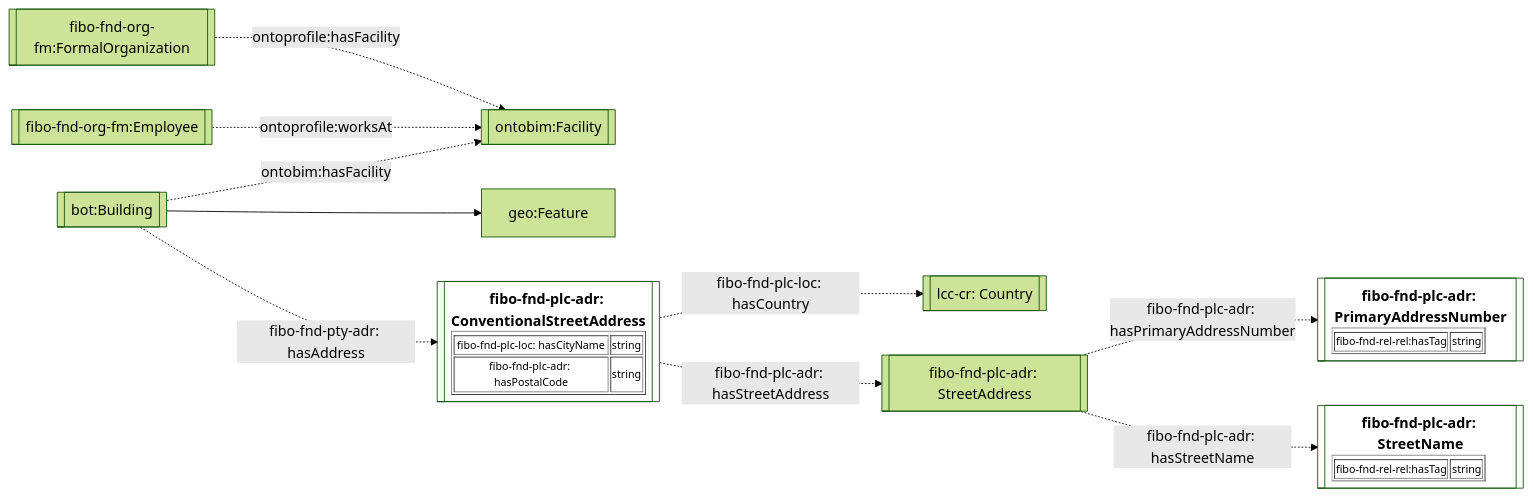
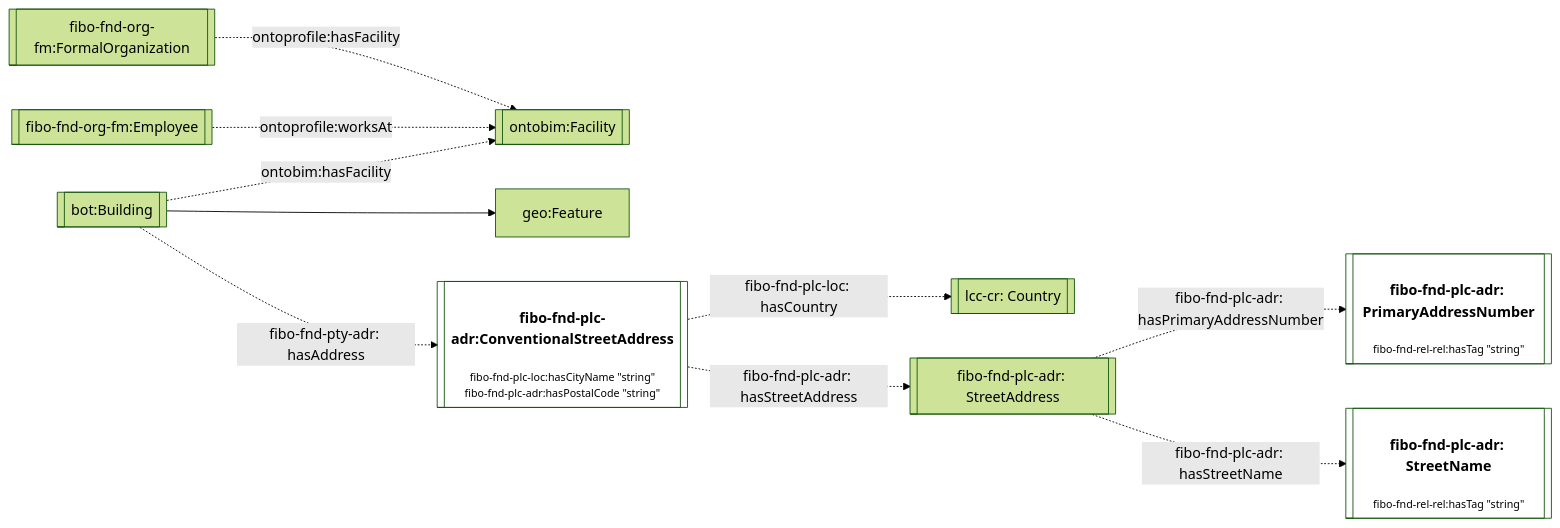
The sixth of 6 diagrams in JPS_Ontology/ontology/ontoprofile/README.MD (cambridge-cares/TheWorldAvatar), drawn with Mermaid (forest theme) before and after one commit. The commit also changed other lines of this file, not shown here.

Commit message:
dev-service-execution-ontology-extension: refactor table html to plain text html

````diff
--- a/JPS_Ontology/ontology/ontoprofile/README.MD
+++ b/JPS_Ontology/ontology/ontoprofile/README.MD
@@ -185,19 +185,19 @@
 ```mermaid
 flowchart LR
     %% Styling
     classDef literal fill:none
 
-    %% Diagram
+    %% Contents
+    Org[[fibo-fnd-org-fm:FormalOrganization]] -. ontoprofile:hasFacility .-> Facility
+    Employee[[fibo-fnd-org-fm:Employee]] -. ontoprofile:worksAt .-> Facility
+
     Building[[bot:Building]] -. ontobim:hasFacility .-> Facility[[ontobim:Facility]]
     Building --> geo:Feature
-    Building -. fibo-fnd-pty-adr: hasAddress .-> ConventionalStreetAddress[["<table border='1' style='font-size:0.75rem;'><tr style='font-size:1.25rem;'><b>fibo-fnd-plc-adr: ConventionalStreetAddress</b></tr><tr><td>fibo-fnd-plc-loc: hasCityName</td><td>string</td></tr><tr><td>fibo-fnd-plc-adr: hasPostalCode</td><td>string</td></tr></table>"]]:::literal
+    Building -. fibo-fnd-pty-adr: hasAddress .-> ConventionalStreetAddress[["<h4>fibo-fnd-plc-adr:ConventionalStreetAddress</h4><p style='font-size:0.75rem;'>fibo-fnd-plc-loc:hasCityName &quot;string&quot;<br>fibo-fnd-plc-adr:hasPostalCode &quot;string&quot;</p>"]]:::literal
 
     ConventionalStreetAddress -. fibo-fnd-plc-loc: hasCountry .-> Country[[lcc-cr: Country]]
     ConventionalStreetAddress -. fibo-fnd-plc-adr: hasStreetAddress .-> StreetAddress[[fibo-fnd-plc-adr: StreetAddress]]
 
-    StreetAddress -. fibo-fnd-plc-adr: hasPrimaryAddressNumber .-> PrimaryAddressNumber[["<table border='1' style='font-size:0.75rem;'><tr style='font-size:1.25rem;'><b>fibo-fnd-plc-adr: PrimaryAddressNumber</b></tr><tr><td>fibo-fnd-rel-rel:hasTag</td><td>string</td></tr></table>"]]:::literal
-    StreetAddress -. fibo-fnd-plc-adr: hasStreetName .-> StreetName[["<table border='1' style='font-size:0.75rem;'><tr style='font-size:1.25rem;'><b>fibo-fnd-plc-adr: StreetName</b></tr><tr><td>fibo-fnd-rel-rel:hasTag</td><td>string</td></tr></table>"]]:::literal
-
-    Org[[fibo-fnd-org-fm:FormalOrganization]] -. ontoprofile:hasFacility .-> Facility
-    Employee[[fibo-fnd-org-fm:Employee]] -. ontoprofile:worksAt .-> Facility
+    StreetAddress -. fibo-fnd-plc-adr: hasPrimaryAddressNumber .-> PrimaryAddressNumber[["<h4>fibo-fnd-plc-adr: PrimaryAddressNumber</h4><p style='font-size:0.75rem;'>fibo-fnd-rel-rel:hasTag &quot;string&quot;</p>"]]:::literal
+    StreetAddress -. fibo-fnd-plc-adr: hasStreetName .-> StreetName[["<h4>fibo-fnd-plc-adr: StreetName</h4><p style='font-size:0.75rem;'>fibo-fnd-rel-rel:hasTag &quot;string&quot;</p>"]]:::literal
 ```
````
